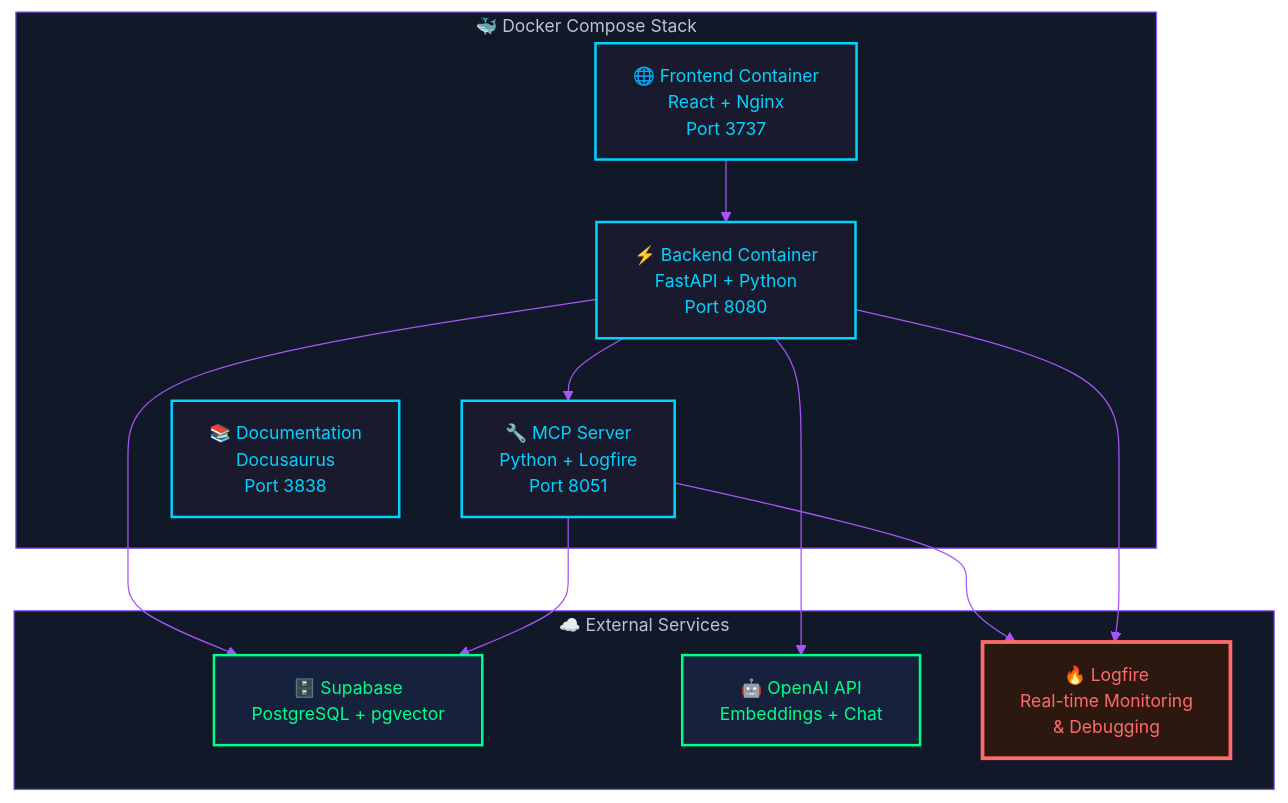
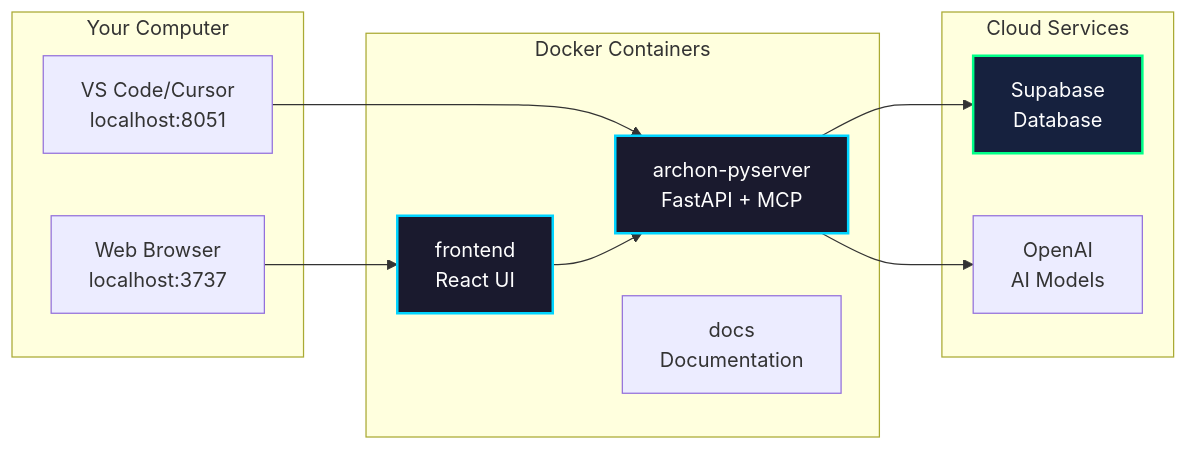
Before and after one commit to tarsonis125/mcp-crawl4ai-rag-ChromaDB-V1: the diagram in docs/docs/deployment.mdx, drawn with Mermaid. The commit also changed other lines of this file and 12 other files, not shown here.

Commit message:
docs: update configuration docs with Docker networking and WebSocket testing guides

````diff
--- a/docs/docs/deployment.mdx
+++ b/docs/docs/deployment.mdx
@@ -24,49 +59,28 @@
 ```mermaid
-%%{init:{
-  'theme':'base',
-  'themeVariables': {
-    'primaryColor':'#1f2937',
-    'primaryTextColor':'#ffffff',
-    'primaryBorderColor':'#8b5cf6',
-    'lineColor':'#a855f7',
-    'textColor':'#ffffff',
-    'fontFamily':'Inter',
-    'fontSize':'14px',
-    'background':'#000000',
-    'mainBkg':'#1f2937',
-    'secondBkg':'#111827',
-    'borderColor':'#8b5cf6',
-    'clusterBkg':'#111827',
-    'clusterBorder':'#8b5cf6'
-  }
-}}%%
-graph TB
-    subgraph "🐳 Docker Compose Stack"
-        Frontend["🌐 Frontend Container<br/>React + Nginx<br/>Port 3737"]
-        Backend["⚡ Backend Container<br/>FastAPI + Python<br/>Port 8080"]
-        MCPServer["🔧 MCP Server<br/>Python + Logfire<br/>Port 8051"]
-        Docs["📚 Documentation<br/>Docusaurus<br/>Port 3838"]
+graph LR
+    subgraph "Your Computer"
+        Browser[Web Browser<br/>localhost:3737]
+        IDE[VS Code/Cursor<br/>localhost:8051]
     end
-
-    subgraph "☁️ External Services"
-        Supabase["🗄️ Supabase<br/>PostgreSQL + pgvector"]
-        OpenAI["🤖 OpenAI API<br/>Embeddings + Chat"]
-        Logfire["🔥 Logfire<br/>Real-time Monitoring<br/>& Debugging"]
+    
+    subgraph "Docker Containers"
+        Frontend[frontend<br/>React UI]
+        Backend[archon-pyserver<br/>FastAPI + MCP]
+        Docs[docs<br/>Documentation]
     end
-
+    
+    subgraph "Cloud Services"
+        Supabase[Supabase<br/>Database]
+        OpenAI[OpenAI<br/>AI Models]
+    end
+    
+    Browser --> Frontend
+    IDE --> Backend
     Frontend --> Backend
-    Backend --> MCPServer
     Backend --> Supabase
     Backend --> OpenAI
-    MCPServer --> Logfire
-    Backend --> Logfire
-    MCPServer --> Supabase
-
-    classDef neonCore fill:#1a1a2e,stroke:#00d4ff,stroke-width:2px,color:#00d4ff
-    classDef neonExternal fill:#16213e,stroke:#00ff88,stroke-width:2px,color:#00ff88
-    classDef neonCritical fill:#2d1810,stroke:#ff6b6b,stroke-width:3px,color:#ff6b6b
     
-    class Frontend,Backend,MCPServer,Docs neonCore
-    class Supabase,OpenAI neonExternal
-    class Logfire neonCritical
+    style Frontend fill:#1a1a2e,stroke:#00d4ff,stroke-width:2px,color:#fff
+    style Backend fill:#1a1a2e,stroke:#00d4ff,stroke-width:2px,color:#fff
+    style Supabase fill:#16213e,stroke:#00ff88,stroke-width:2px,color:#fff
 ```
````
